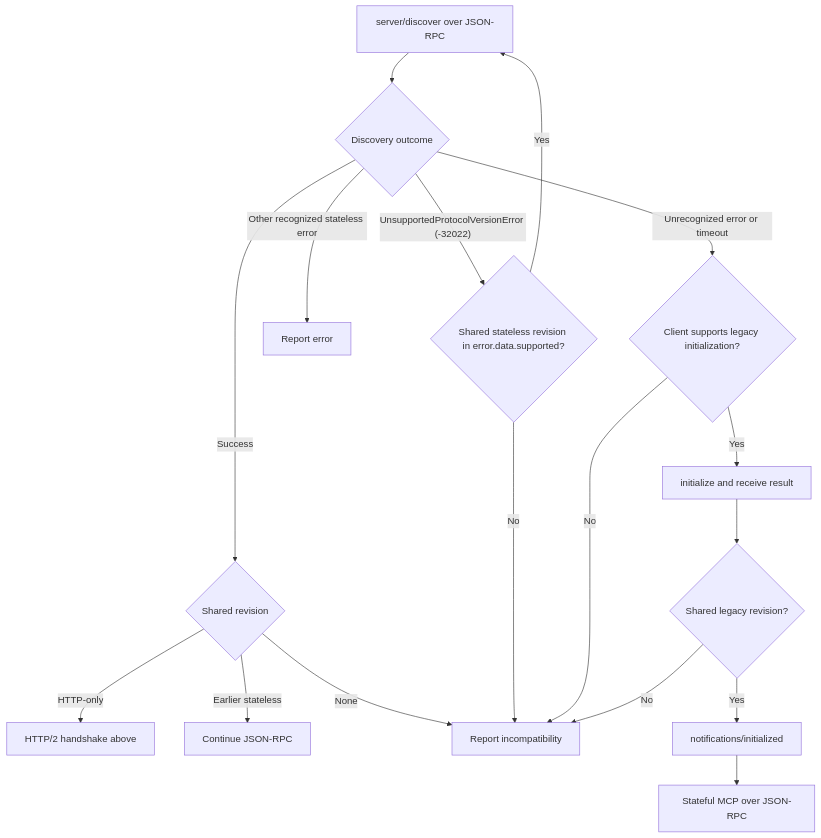
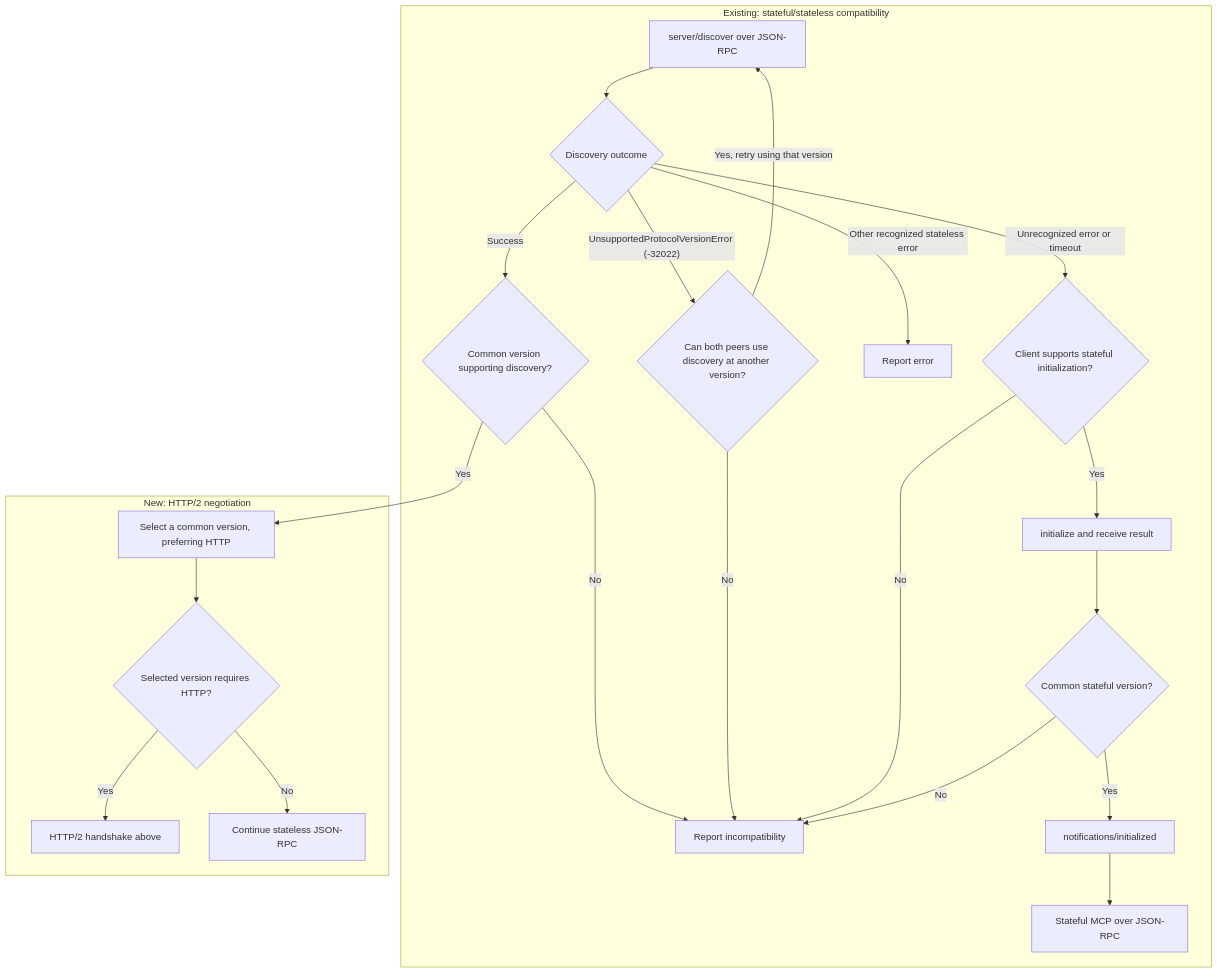
One commit to modelcontextprotocol/transports-wg changed the second of 2 diagrams in proposals/http-over-stdio/negotiation-proposal.md. Above: the diagram before and after it, drawn with Mermaid. The commit also changed other lines of this file, not shown here.

Commit message:
docs: separate existing compatibility from HTTP negotiation

````diff
--- a/proposals/http-over-stdio/negotiation-proposal.md
+++ b/proposals/http-over-stdio/negotiation-proposal.md
@@ -63,19 +65,25 @@
 ```mermaid
 flowchart TD
-    Discover["server/discover over JSON-RPC"] --> Result{"Discovery outcome"}
-    Result -->|Success| Version{"Shared revision"}
-    Version -->|HTTP-only| HTTP["HTTP/2 handshake above"]
-    Version -->|Earlier stateless| STDIO["Continue JSON-RPC"]
-    Version -->|None| Fail["Report incompatibility"]
-    Result -->|"UnsupportedProtocolVersionError (-32022)"| Retry{"Shared stateless revision in error.data.supported?"}
-    Retry -->|Yes| Discover
-    Retry -->|No| Fail
-    Result -->|Other recognized stateless error| Error["Report error"]
-    Result -->|Unrecognized error or timeout| Legacy{"Client supports legacy initialization?"}
-    Legacy -->|No| Fail
-    Legacy -->|Yes| Init["initialize and receive result"]
-    Init --> Shared{"Shared legacy revision?"}
-    Shared -->|No| Fail
-    Shared -->|Yes| Ready["notifications/initialized"]
-    Ready --> Stateful["Stateful MCP over JSON-RPC"]
+    subgraph Existing["Existing: stateful/stateless compatibility"]
+        Discover["server/discover over JSON-RPC"] --> Result{"Discovery outcome"}
+        Result -->|Success| Shared{"Common version supporting discovery?"}
+        Shared -->|No| Fail["Report incompatibility"]
+        Result -->|"UnsupportedProtocolVersionError (-32022)"| Retry{"Can both peers use discovery at another version?"}
+        Retry -->|Yes, retry using that version| Discover
+        Retry -->|No| Fail
+        Result -->|Other recognized stateless error| Error["Report error"]
+        Result -->|Unrecognized error or timeout| Stateful{"Client supports stateful initialization?"}
+        Stateful -->|No| Fail
+        Stateful -->|Yes| Init["initialize and receive result"]
+        Init --> Compatible{"Common stateful version?"}
+        Compatible -->|No| Fail
+        Compatible -->|Yes| Ready["notifications/initialized"]
+        Ready --> Legacy["Stateful MCP over JSON-RPC"]
+    end
+    subgraph Transport["New: HTTP/2 negotiation"]
+        Select["Select a common version, preferring HTTP"] --> RequiresHTTP{"Selected version requires HTTP?"}
+        RequiresHTTP -->|Yes| HTTP["HTTP/2 handshake above"]
+        RequiresHTTP -->|No| STDIO["Continue stateless JSON-RPC"]
+    end
+    Shared -->|Yes| Select
 ```
````
